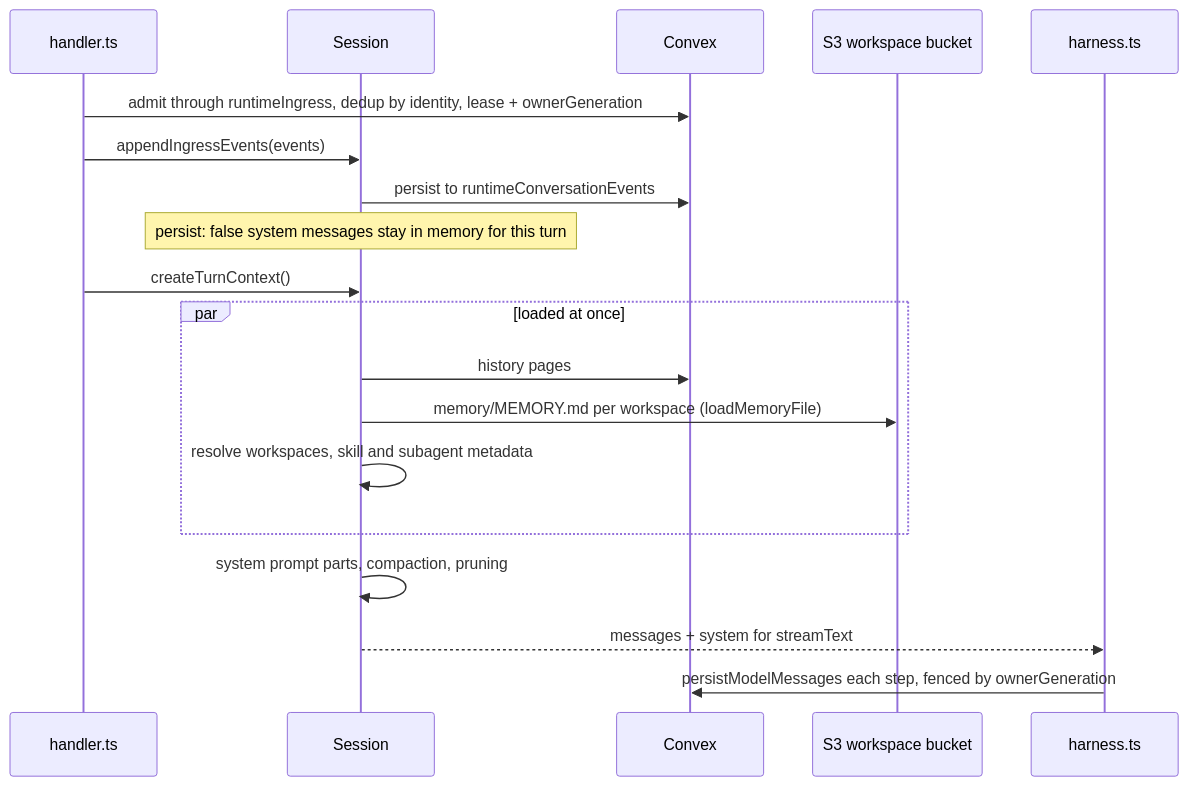
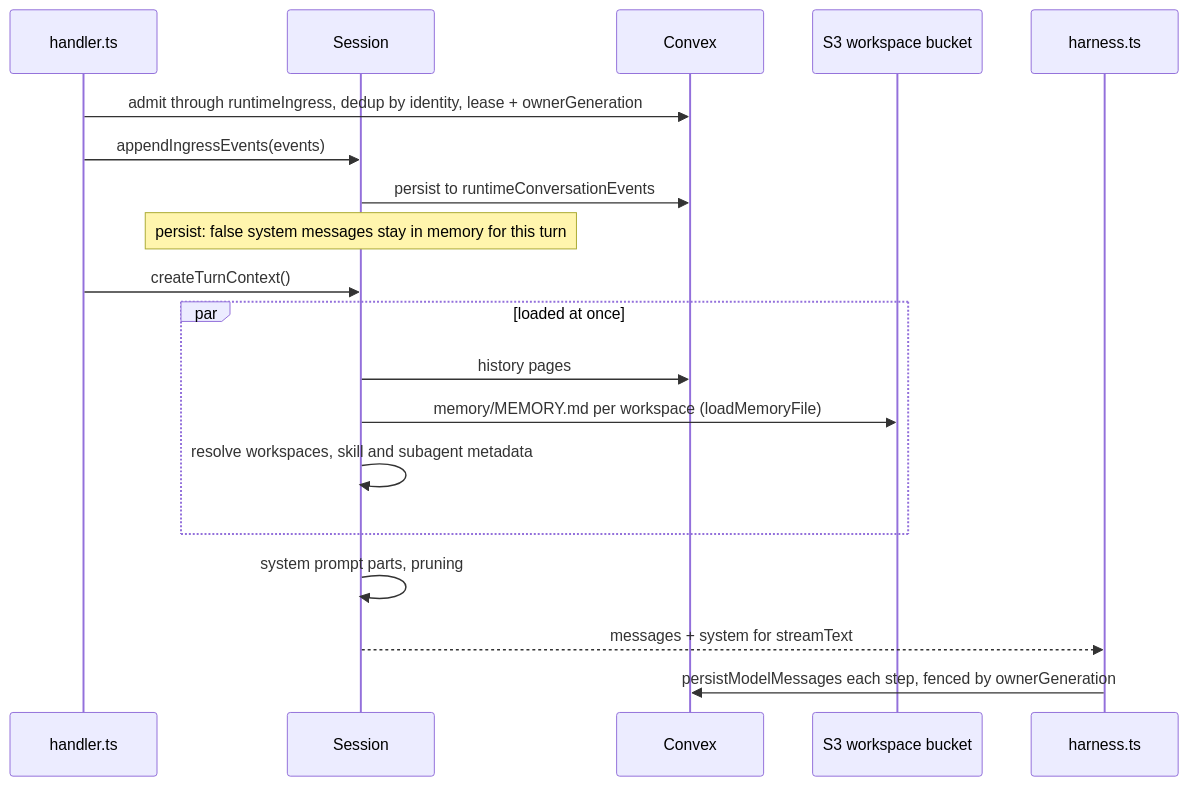
One commit to beeblastco/broods changed the third of 4 diagrams in apps/docs/docs/internals/storage.md. Above: the diagram before and after it, drawn with Mermaid. The commit also changed other lines of this file and 7 other files, not shown here.

````diff
--- a/apps/docs/docs/internals/storage.md
+++ b/apps/docs/docs/internals/storage.md
@@ -102,22 +103,22 @@
 ```mermaid
 sequenceDiagram
   participant H as handler.ts
   participant S as Session
   participant CVX as Convex
   participant S3 as S3 workspace bucket
   participant M as harness.ts
 
   H->>CVX: admit through runtimeIngress, dedup by identity, lease + ownerGeneration
   H->>S: appendIngressEvents(events)
   S->>CVX: persist to runtimeConversationEvents
   Note over S: persist: false system messages stay in memory for this turn
   H->>S: createTurnContext()
   par loaded at once
     S->>CVX: history pages
     S->>S3: memory/MEMORY.md per workspace (loadMemoryFile)
     S->>S: resolve workspaces, skill and subagent metadata
   end
-  S->>S: system prompt parts, compaction, pruning
+  S->>S: system prompt parts, pruning
   S-->>M: messages + system for streamText
   M->>CVX: persistModelMessages each step, fenced by ownerGeneration
 ```
````
